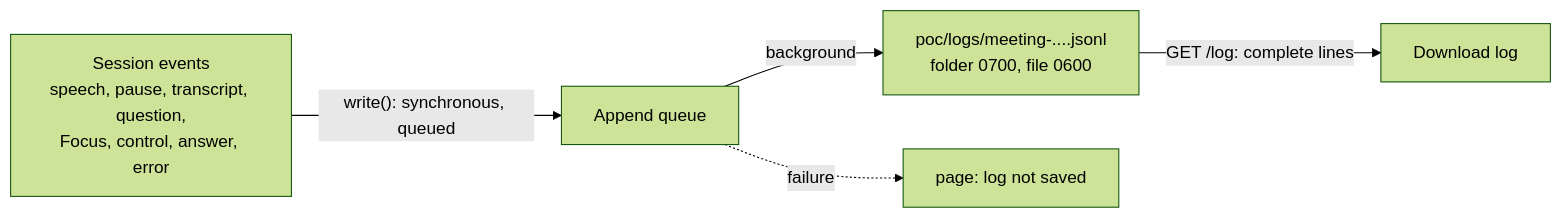
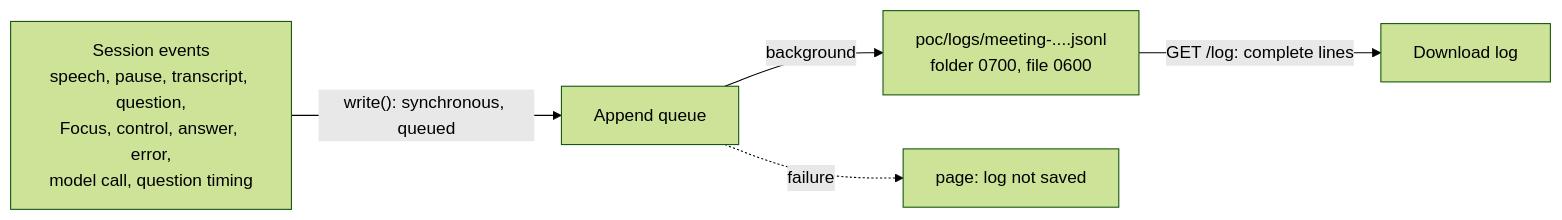
One commit to Elustondo-ai/alice.good.meetings changed the diagram in poc/meeting-log.md. Above: the diagram before and after it, drawn with Mermaid (forest theme). The commit also changed other lines of this file and 48 other files, not shown here.

````diff
--- a/poc/meeting-log.md
+++ b/poc/meeting-log.md
@@ -7,7 +7,7 @@
 ```mermaid
 flowchart LR
-  E["Session events<br/>speech, pause, transcript, question,<br/>Focus, control, answer, error"] -->|"write(): synchronous, queued"| Q["Append queue"]
+  E["Session events<br/>speech, pause, transcript, question,<br/>Focus, control, answer, error,<br/>model call, question timing"] -->|"write(): synchronous, queued"| Q["Append queue"]
   Q -->|"background"| F["poc/logs/meeting-....jsonl<br/>folder 0700, file 0600"]
   F -->|"GET /log: complete lines"| D["Download log"]
   Q -.->|"failure"| N["page: log not saved"]
 ```
````
